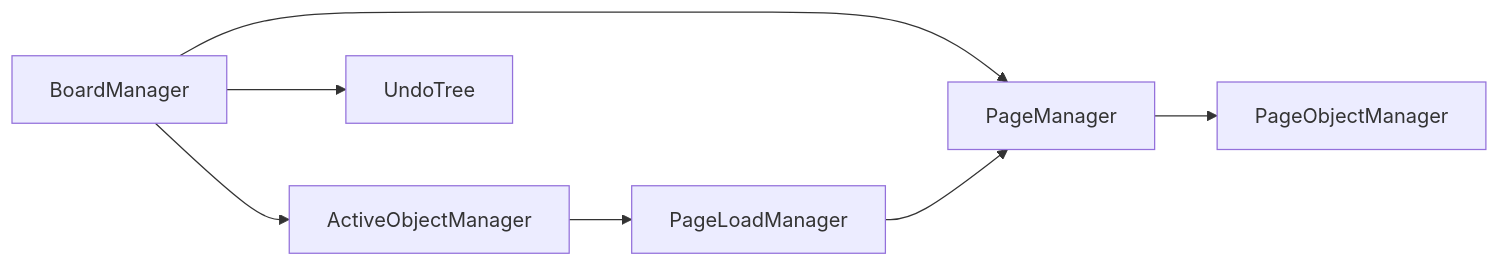
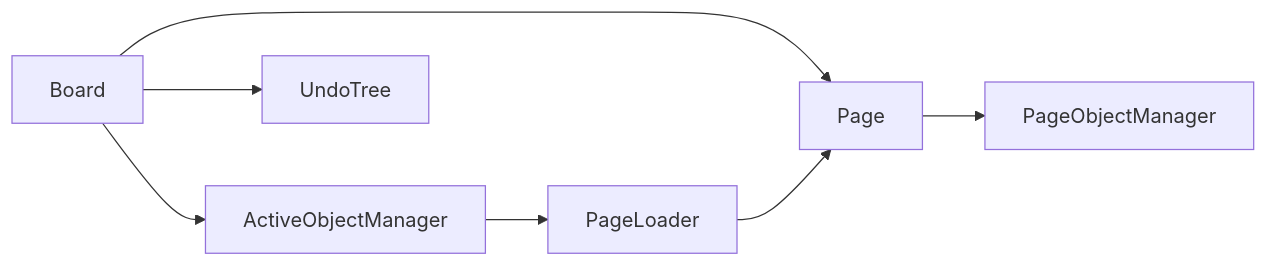
One commit to Frank-Steven/HoundWhiteboard changed the diagram in src/core/components/docs/components-document.md. Above: the diagram before and after it, drawn with Mermaid. The commit also changed other lines of this file and 46 other files, not shown here.

````diff
--- a/src/core/components/docs/components-document.md
+++ b/src/core/components/docs/components-document.md
@@ -17,16 +17,16 @@
 ```mermaid
 graph LR
-  BM["BoardManager"]
-  PM["PageManager"]
+  Board["Board"]
+  PM["Page"]
   POM["PageObjectManager"]
   AOM["ActiveObjectManager"]
-  PLM["PageLoadManager"]
+  PLM["PageLoader"]
   UT["UndoTree"]
 
-  BM --> PM
+  Board --> PM
   PM --> POM
-  BM --> AOM
-  BM --> UT
+  Board --> AOM
+  Board --> UT
   AOM --> PLM
   PLM --> PM
 ```
````
